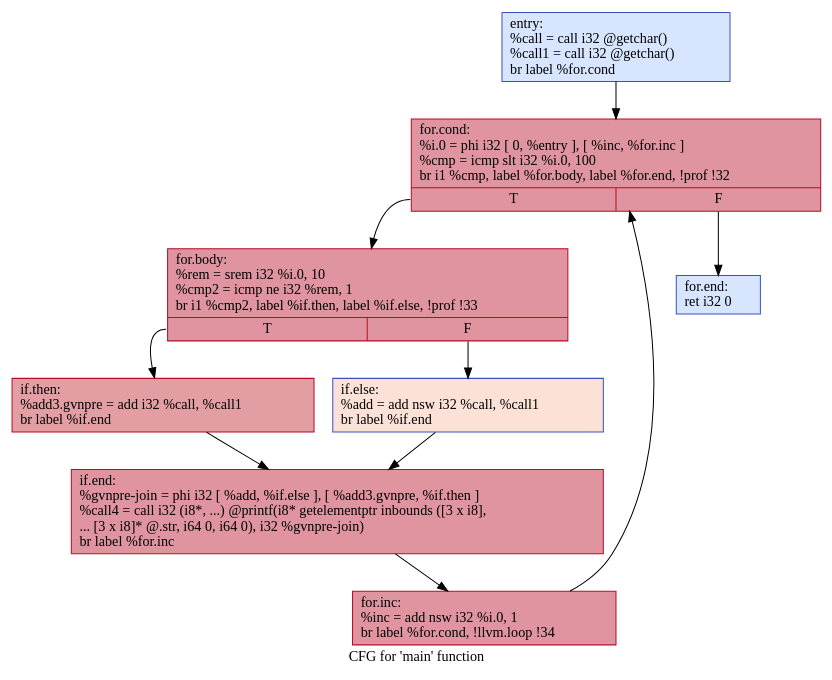
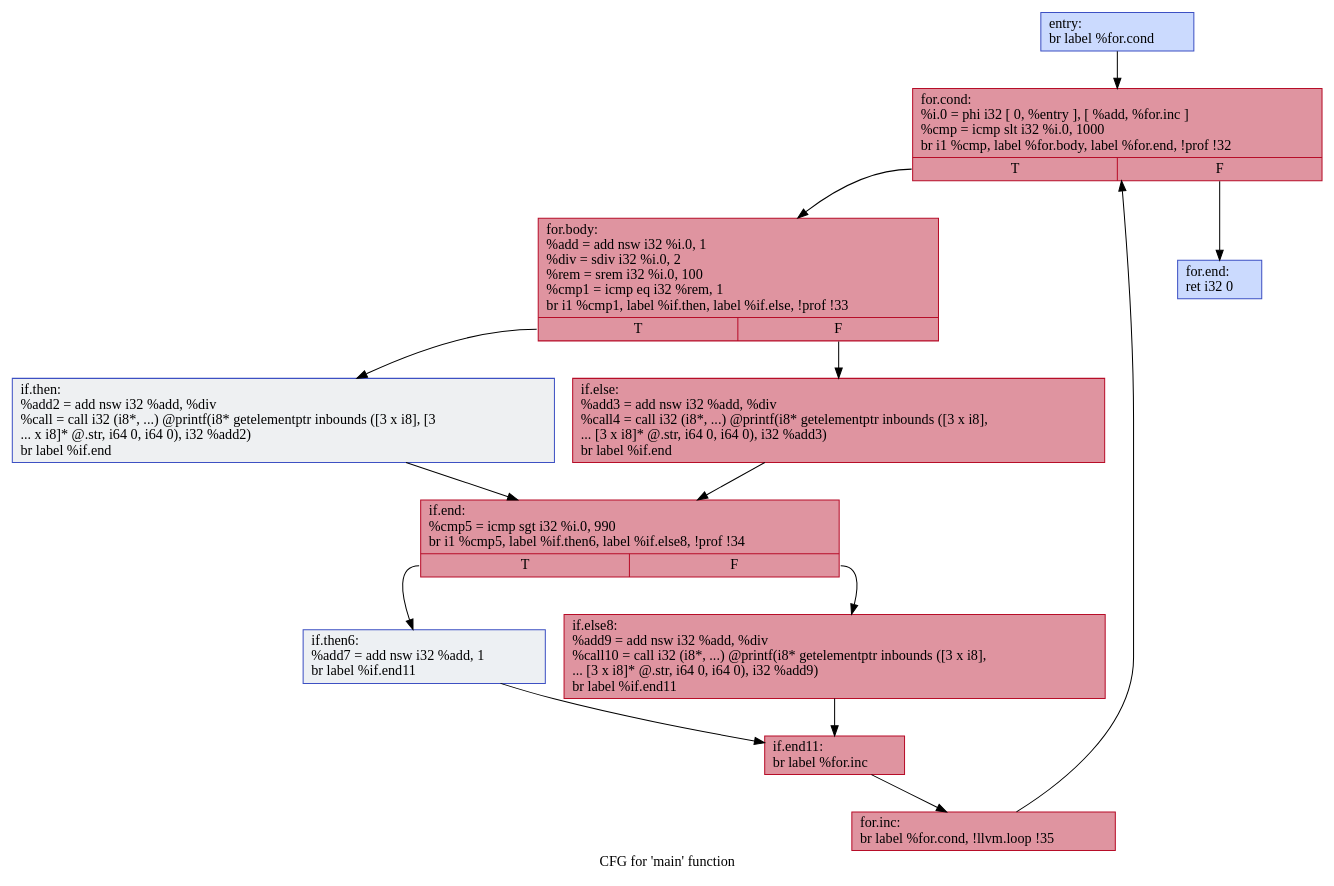
One commit to GGLeod/Speculation-Based-GVNPRE changed the diagram in GVNPRE/.main.dot. Above: the diagram before and after it, drawn with Graphviz. The commit also changed 100 other files, not shown here.

```diff
--- a/GVNPRE/.main.dot
+++ b/GVNPRE/.main.dot
@@ -1,21 +1,28 @@
 digraph "CFG for 'main' function" {
 	label="CFG for 'main' function";
 
-	Node0x563f1f842800 [shape=record,color="#3d50c3ff", style=filled, fillcolor="#a5c3fe70",label="{entry:\l  %call = call i32 @getchar()\l  %call1 = call i32 @getchar()\l  br label %for.cond\l}"];
-	Node0x563f1f842800 -> Node0x563f1f842850;
-	Node0x563f1f842850 [shape=record,color="#b70d28ff", style=filled, fillcolor="#b70d2870",label="{for.cond:                                         \l  %i.0 = phi i32 [ 0, %entry ], [ %inc, %for.inc ]\l  %cmp = icmp slt i32 %i.0, 100\l  br i1 %cmp, label %for.body, label %for.end, !prof !32\l|{<s0>T|<s1>F}}"];
-	Node0x563f1f842850:s0 -> Node0x563f1f8428a0;
-	Node0x563f1f842850:s1 -> Node0x563f1f842a30;
-	Node0x563f1f8428a0 [shape=record,color="#b70d28ff", style=filled, fillcolor="#b70d2870",label="{for.body:                                         \l  %rem = srem i32 %i.0, 10\l  %cmp2 = icmp ne i32 %rem, 1\l  br i1 %cmp2, label %if.then, label %if.else, !prof !33\l|{<s0>T|<s1>F}}"];
-	Node0x563f1f8428a0:s0 -> Node0x563f1f8428f0;
-	Node0x563f1f8428a0:s1 -> Node0x563f1f842940;
-	Node0x563f1f8428f0 [shape=record,color="#b70d28ff", style=filled, fillcolor="#be242e70",label="{if.then:                                          \l  %add3.gvnpre = add i32 %call, %call1\l  br label %if.end\l}"];
-	Node0x563f1f8428f0 -> Node0x563f1f842990;
-	Node0x563f1f842940 [shape=record,color="#3d50c3ff", style=filled, fillcolor="#f7bca170",label="{if.else:                                          \l  %add = add nsw i32 %call, %call1\l  br label %if.end\l}"];
-	Node0x563f1f842940 -> Node0x563f1f842990;
-	Node0x563f1f842990 [shape=record,color="#b70d28ff", style=filled, fillcolor="#b70d2870",label="{if.end:                                           \l  %gvnpre-join = phi i32 [ %add, %if.else ], [ %add3.gvnpre, %if.then ]\l  %call4 = call i32 (i8*, ...) @printf(i8* getelementptr inbounds ([3 x i8],\l... [3 x i8]* @.str, i64 0, i64 0), i32 %gvnpre-join)\l  br label %for.inc\l}"];
-	Node0x563f1f842990 -> Node0x563f1f8429e0;
-	Node0x563f1f8429e0 [shape=record,color="#b70d28ff", style=filled, fillcolor="#b70d2870",label="{for.inc:                                          \l  %inc = add nsw i32 %i.0, 1\l  br label %for.cond, !llvm.loop !34\l}"];
-	Node0x563f1f8429e0 -> Node0x563f1f842850;
-	Node0x563f1f842a30 [shape=record,color="#3d50c3ff", style=filled, fillcolor="#a5c3fe70",label="{for.end:                                          \l  ret i32 0\l}"];
+	Node0x55695e2b5640 [shape=record,color="#3d50c3ff", style=filled, fillcolor="#88abfd70",label="{entry:\l  br label %for.cond\l}"];
+	Node0x55695e2b5640 -> Node0x55695e2c56c0;
+	Node0x55695e2c56c0 [shape=record,color="#b70d28ff", style=filled, fillcolor="#b70d2870",label="{for.cond:                                         \l  %i.0 = phi i32 [ 0, %entry ], [ %add, %for.inc ]\l  %cmp = icmp slt i32 %i.0, 1000\l  br i1 %cmp, label %for.body, label %for.end, !prof !32\l|{<s0>T|<s1>F}}"];
+	Node0x55695e2c56c0:s0 -> Node0x55695e2c5710;
+	Node0x55695e2c56c0:s1 -> Node0x55695e2c5990;
+	Node0x55695e2c5710 [shape=record,color="#b70d28ff", style=filled, fillcolor="#b70d2870",label="{for.body:                                         \l  %add = add nsw i32 %i.0, 1\l  %div = sdiv i32 %i.0, 2\l  %rem = srem i32 %i.0, 100\l  %cmp1 = icmp eq i32 %rem, 1\l  br i1 %cmp1, label %if.then, label %if.else, !prof !33\l|{<s0>T|<s1>F}}"];
+	Node0x55695e2c5710:s0 -> Node0x55695e2c5760;
+	Node0x55695e2c5710:s1 -> Node0x55695e2c57b0;
+	Node0x55695e2c5760 [shape=record,color="#3d50c3ff", style=filled, fillcolor="#d9dce170",label="{if.then:                                          \l  %add2 = add nsw i32 %add, %div\l  %call = call i32 (i8*, ...) @printf(i8* getelementptr inbounds ([3 x i8], [3\l... x i8]* @.str, i64 0, i64 0), i32 %add2)\l  br label %if.end\l}"];
+	Node0x55695e2c5760 -> Node0x55695e2c5800;
+	Node0x55695e2c57b0 [shape=record,color="#b70d28ff", style=filled, fillcolor="#b70d2870",label="{if.else:                                          \l  %add3 = add nsw i32 %add, %div\l  %call4 = call i32 (i8*, ...) @printf(i8* getelementptr inbounds ([3 x i8],\l... [3 x i8]* @.str, i64 0, i64 0), i32 %add3)\l  br label %if.end\l}"];
+	Node0x55695e2c57b0 -> Node0x55695e2c5800;
+	Node0x55695e2c5800 [shape=record,color="#b70d28ff", style=filled, fillcolor="#b70d2870",label="{if.end:                                           \l  %cmp5 = icmp sgt i32 %i.0, 990\l  br i1 %cmp5, label %if.then6, label %if.else8, !prof !34\l|{<s0>T|<s1>F}}"];
+	Node0x55695e2c5800:s0 -> Node0x55695e2c5850;
+	Node0x55695e2c5800:s1 -> Node0x55695e2c58a0;
+	Node0x55695e2c5850 [shape=record,color="#3d50c3ff", style=filled, fillcolor="#d6dce470",label="{if.then6:                                         \l  %add7 = add nsw i32 %add, 1\l  br label %if.end11\l}"];
+	Node0x55695e2c5850 -> Node0x55695e2c58f0;
+	Node0x55695e2c58a0 [shape=record,color="#b70d28ff", style=filled, fillcolor="#b70d2870",label="{if.else8:                                         \l  %add9 = add nsw i32 %add, %div\l  %call10 = call i32 (i8*, ...) @printf(i8* getelementptr inbounds ([3 x i8],\l... [3 x i8]* @.str, i64 0, i64 0), i32 %add9)\l  br label %if.end11\l}"];
+	Node0x55695e2c58a0 -> Node0x55695e2c58f0;
+	Node0x55695e2c58f0 [shape=record,color="#b70d28ff", style=filled, fillcolor="#b70d2870",label="{if.end11:                                         \l  br label %for.inc\l}"];
+	Node0x55695e2c58f0 -> Node0x55695e2c5940;
+	Node0x55695e2c5940 [shape=record,color="#b70d28ff", style=filled, fillcolor="#b70d2870",label="{for.inc:                                          \l  br label %for.cond, !llvm.loop !35\l}"];
+	Node0x55695e2c5940 -> Node0x55695e2c56c0;
+	Node0x55695e2c5990 [shape=record,color="#3d50c3ff", style=filled, fillcolor="#88abfd70",label="{for.end:                                          \l  ret i32 0\l}"];
 }
```
